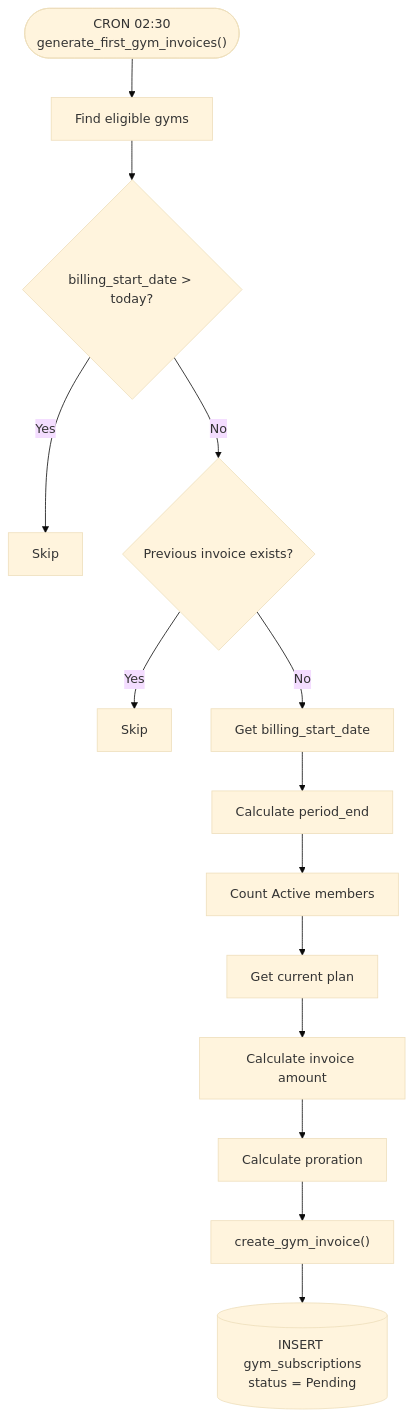
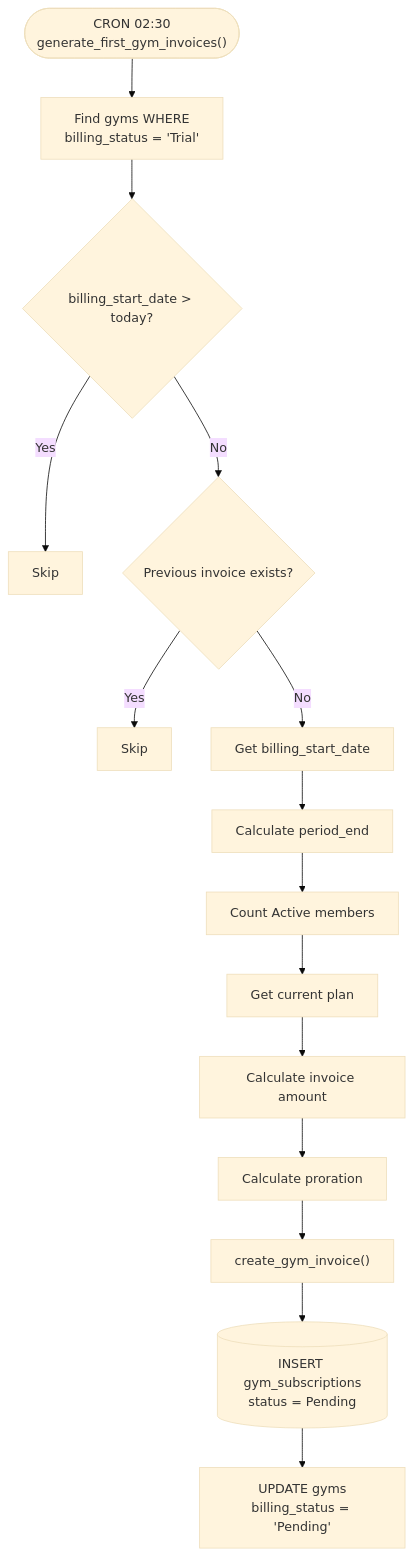
One commit to Sahil2720kumar/trackVim changed the fifth of 23 diagrams in SaasBilling.md. Above: the diagram before and after it, drawn with Mermaid (base theme). The commit also changed other lines of this file and 20 other files, not shown here.

````diff
--- a/SaasBilling.md
+++ b/SaasBilling.md
@@ -119,16 +215,17 @@
 ```mermaid
 flowchart TD
-    Start(["CRON 02:30\ngenerate_first_gym_invoices()"]) --> F1[Find eligible gyms]
+    Start(["CRON 02:30\ngenerate_first_gym_invoices()"]) --> F1["Find gyms WHERE\nbilling_status = 'Trial'"]
     F1 --> C1{billing_start_date > today?}
     C1 -- Yes --> Skip1[Skip]
     C1 -- No --> C2{Previous invoice exists?}
     C2 -- Yes --> Skip2[Skip]
     C2 -- No --> P1[Get billing_start_date]
     P1 --> P2[Calculate period_end]
     P2 --> P3[Count Active members]
     P3 --> P4[Get current plan]
     P4 --> P5[Calculate invoice amount]
     P5 --> P6[Calculate proration]
     P6 --> P7["create_gym_invoice()"]
     P7 --> P8[(INSERT gym_subscriptions\nstatus = Pending)]
+    P8 --> P9["UPDATE gyms\nbilling_status = 'Pending'"]
 ```
````
